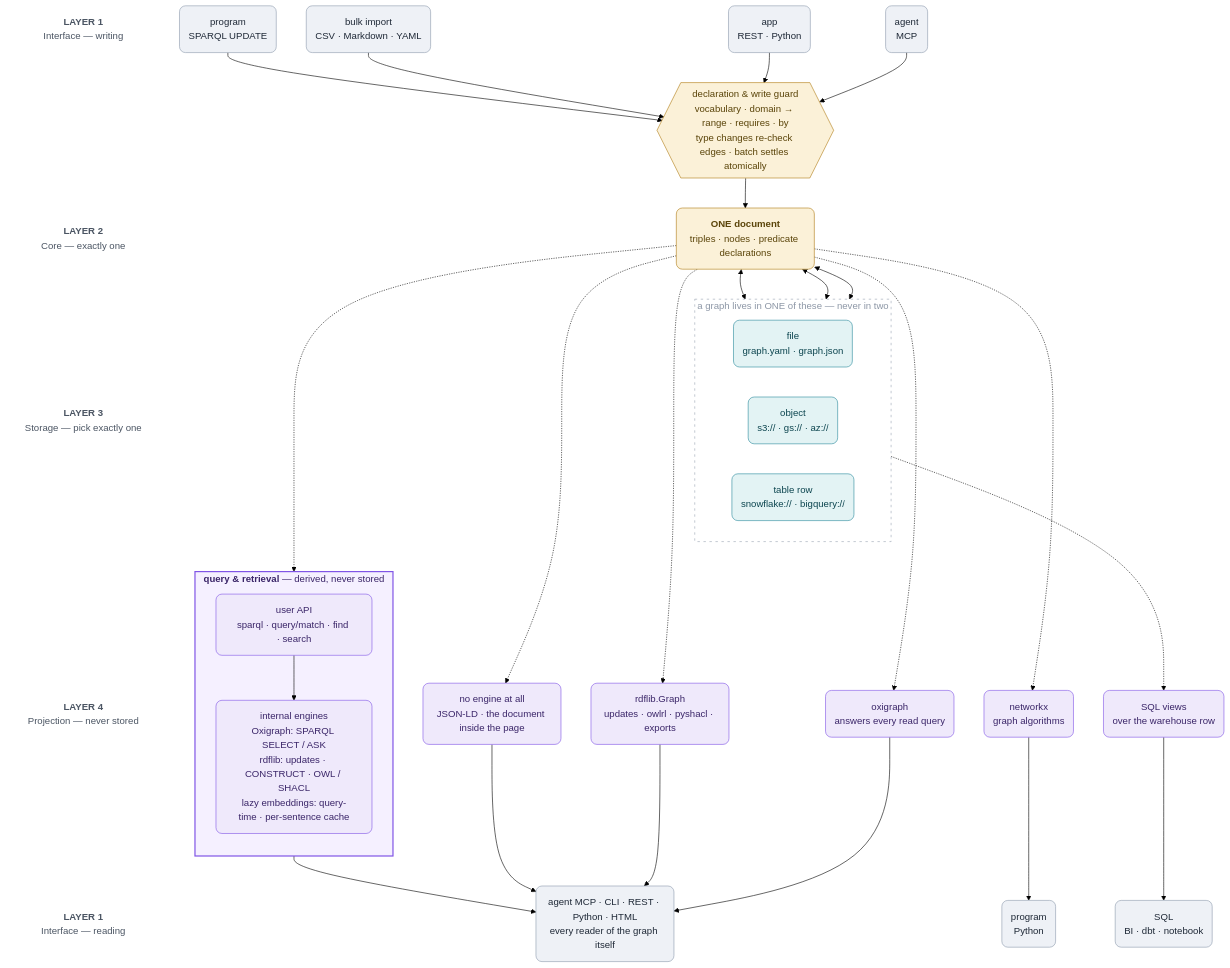
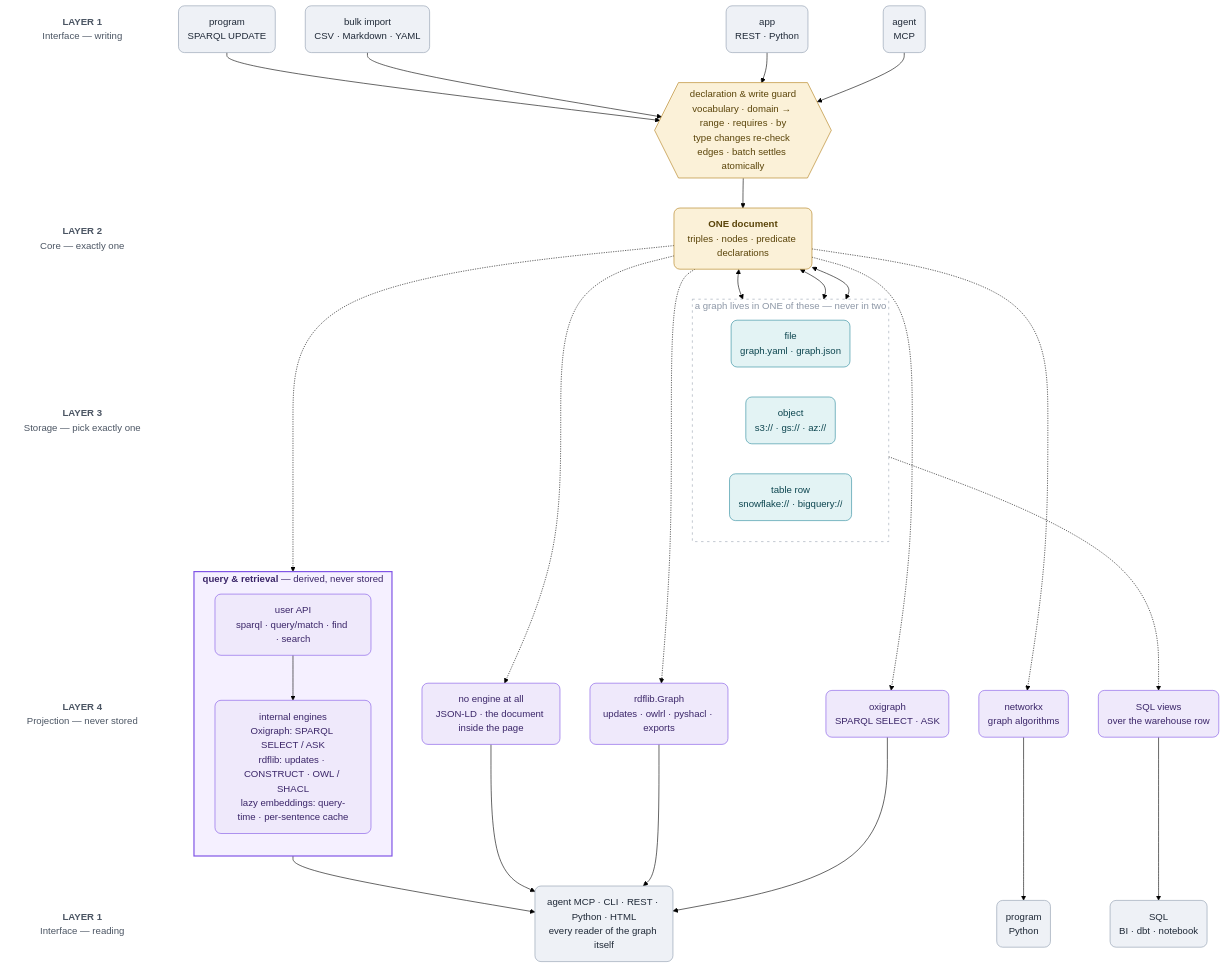
One commit to RyutoYoda/trikedb changed the diagram in docs/ARCHITECTURE.md. Above: the diagram before and after it, drawn with Mermaid (forest theme). The commit also changed 8 other files, not shown here.

````diff
--- a/docs/ARCHITECTURE.md
+++ b/docs/ARCHITECTURE.md
@@ -7,75 +7,75 @@
 ```mermaid
 flowchart TB
     LA["<b>LAYER 1</b><br/>Interface — writing"]
     LG[" "]
     LB["<b>LAYER 2</b><br/>Core — exactly one"]
     LC["<b>LAYER 3</b><br/>Storage — pick exactly one"]
     LD["<b>LAYER 4</b><br/>Projection — never stored"]
     LE["<b>LAYER 1</b><br/>Interface — reading"]
     LA ~~~ LG ~~~ LB ~~~ LC ~~~ LD ~~~ LE
 
     WA("agent<br/>MCP")
     WC("app<br/>REST · Python")
     WI("bulk import<br/>CSV · Markdown · YAML")
     WP("program<br/>SPARQL UPDATE")
     G{{"declaration & write guard<br/>vocabulary · domain → range · requires · by<br/>type changes re-check edges · batch settles atomically"}}
     C("<b>ONE document</b><br/>triples · nodes · predicate declarations")
     subgraph pick["a graph lives in ONE of these — never in two"]
         direction LR
         SF("file<br/>graph.yaml · graph.json")
         SO("object<br/>s3:// · gs:// · az://")
         SW("table row<br/>snowflake:// · bigquery://")
     end
-    PO("oxigraph<br/>answers every read query")
+    PO("oxigraph<br/>SPARQL SELECT · ASK")
     PR("rdflib.Graph<br/>updates · owlrl · pyshacl · exports")
     PN("networkx<br/>graph algorithms")
     PV("SQL views<br/>over the warehouse row")
     PD("no engine at all<br/>JSON-LD · the document inside the page")
     subgraph query["<b>query & retrieval</b> — derived, never stored"]
         direction TB
         QAPI["user API<br/>sparql · query/match · find · search"]
         QENG["internal engines<br/>Oxigraph: SPARQL SELECT / ASK<br/>rdflib: updates · CONSTRUCT · OWL / SHACL<br/>lazy embeddings: query-time · per-sentence cache"]
         QAPI --> QENG
     end
     RQ("agent MCP · CLI · REST · Python · HTML<br/>every reader of the graph itself")
     RG("program<br/>Python")
     RS("SQL<br/>BI · dbt · notebook")
 
     WA --> G
     WC --> G
     WI --> G
     WP --> G
     G --> C
     C <--> SF
     C <--> SO
     C <--> SW
     SF ~~~ PO
     SF ~~~ PR
     SO ~~~ PN
     SW -.-> PV
     SW ~~~ PD
     C -.-> PO
     C -.-> PR
     C -.-> PN
     C -.-> PD
     C -.-> QAPI
     QENG --> RQ
     PO --> RQ
     PR --> RQ
     PN --> RG
     PV --> RS
     PD --> RQ
 
     style pick fill:none,stroke:#9aa4b3,stroke-width:1px,stroke-dasharray:4 6,color:#8d97a6
     style query fill:#f5f0ff,stroke:#8055e6,stroke-width:2px,color:#3a2568
     classDef lbl fill:none,stroke:none,color:#4b5563
     classDef iface fill:#eef1f6,stroke:#8d9aad,color:#1f2937,rx:10,ry:10
     classDef core fill:#fbf1d8,stroke:#b07d17,color:#5a4409,rx:10,ry:10
     classDef store fill:#e3f3f4,stroke:#2b8a9c,color:#0c454f,rx:10,ry:10
     classDef proj fill:#efe9fb,stroke:#8055e6,color:#3a2568,rx:10,ry:10
     class LA,LG,LB,LC,LD,LE lbl
     class WA,WC,WI,WP,RQ,RG,RS iface
     class C,G core
     class SF,SO,SW store
     class PO,PR,PN,PV,PD,QAPI,QENG proj
 ```
````
